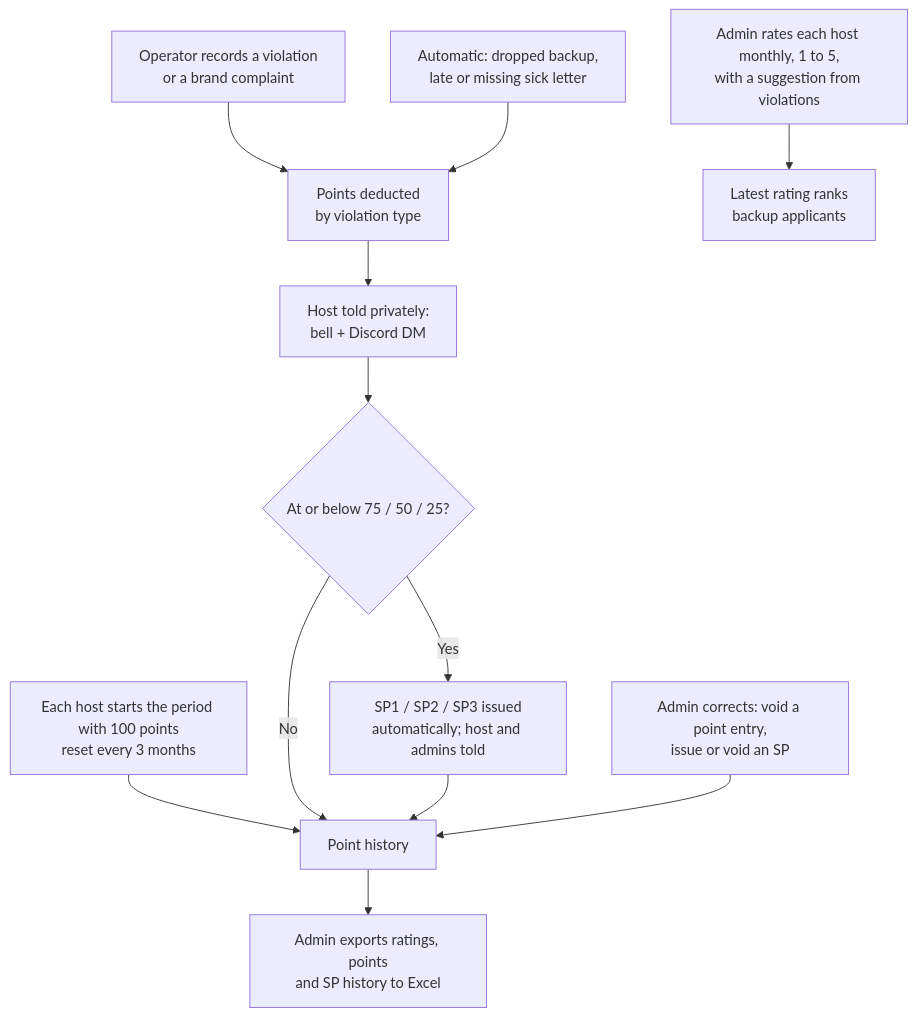
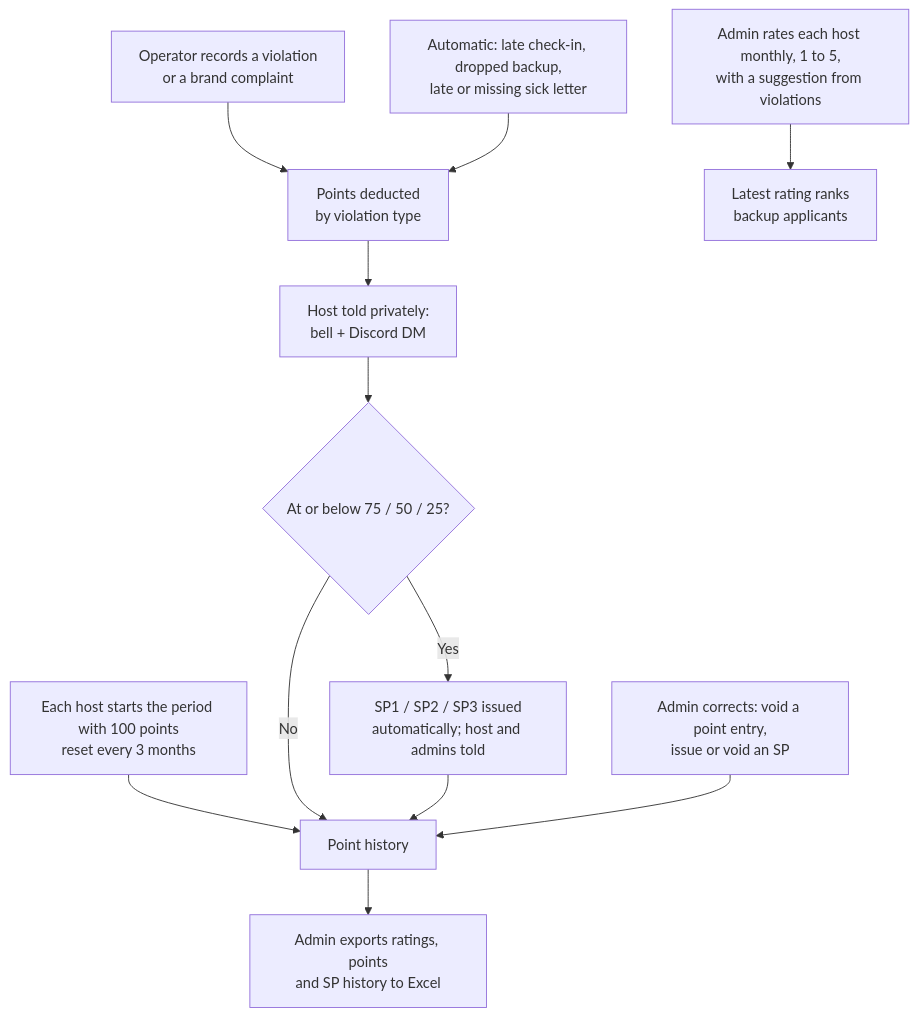
One commit to Adomancer/VidHelp changed the ninth of 13 diagrams in FLOWCHART.md. Above: the diagram before and after it, drawn with Mermaid. The commit also changed other lines of this file and 17 other files, not shown here.

First line of the commit message:
Add automatic late check-in penalties

````diff
--- a/FLOWCHART.md
+++ b/FLOWCHART.md
@@ -194,14 +197,14 @@
 ```mermaid
 flowchart TD
   A["Each host starts the period with 100 points<br/>reset every 3 months"] --> B["Point history"]
   C["Operator records a violation<br/>or a brand complaint"] --> D["Points deducted<br/>by violation type"]
-  E["Automatic: dropped backup,<br/>late or missing sick letter"] --> D
+  E["Automatic: late check-in, dropped backup,<br/>late or missing sick letter"] --> D
   D --> F["Host told privately:<br/>bell + Discord DM"]
   F --> G{"At or below 75 / 50 / 25?"}
   G -->|Yes| H["SP1 / SP2 / SP3 issued<br/>automatically; host and admins told"]
   G -->|No| B
   H --> B
   I["Admin corrects: void a point entry,<br/>issue or void an SP"] --> B
   J["Admin rates each host monthly, 1 to 5,<br/>with a suggestion from violations"] --> K["Latest rating ranks<br/>backup applicants"]
   B --> L["Admin exports ratings, points<br/>and SP history to Excel"]
 ```
````
